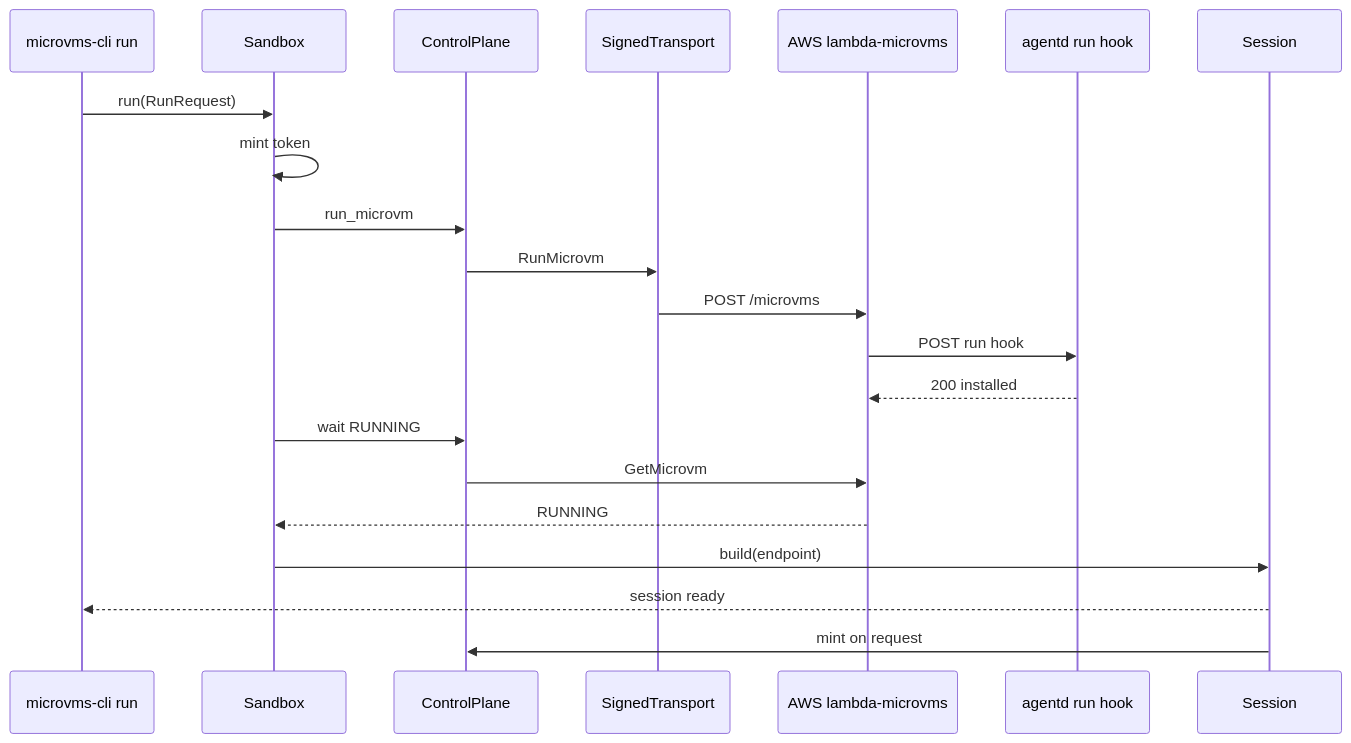
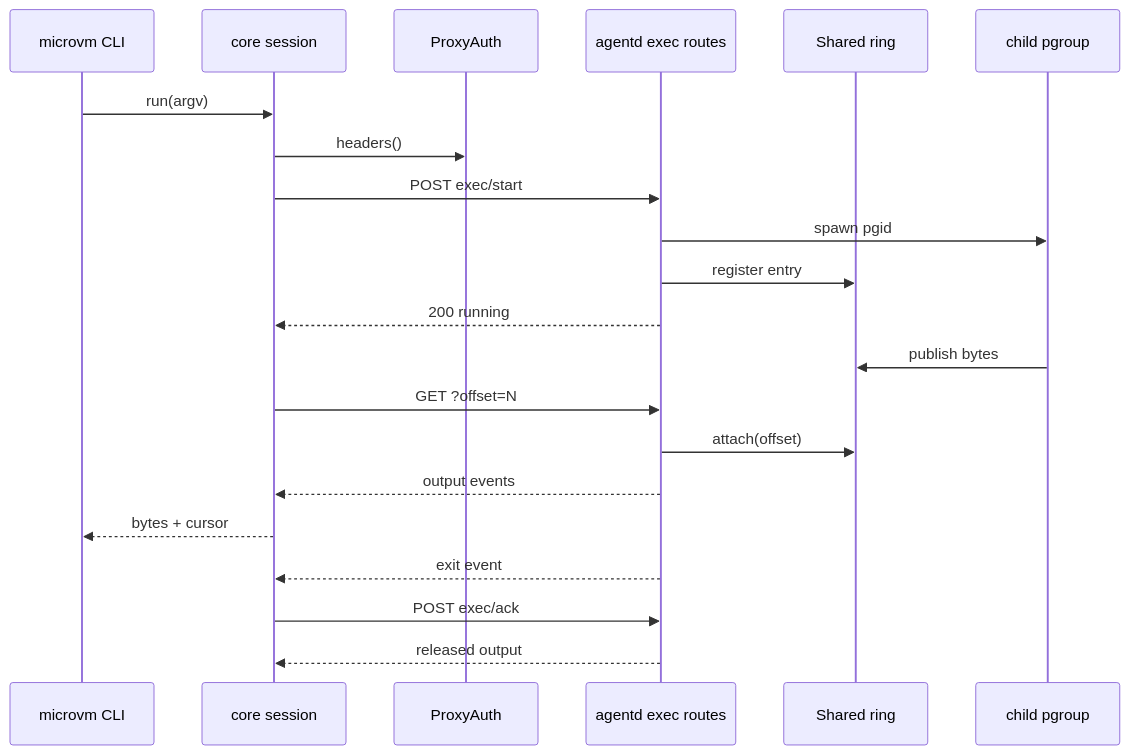
The first of 3 diagrams in docs/diagrams/behavioral/sequences.md (theagenticguy/microvms-agentd), drawn with Mermaid before and after one commit. The commit also changed other lines of this file and 19 other files, not shown here.

````diff
--- a/docs/diagrams/behavioral/sequences.md
+++ b/docs/diagrams/behavioral/sequences.md
@@ -5,24 +8,24 @@
 ```mermaid
 sequenceDiagram
-    participant CLI as microvms-cli run
-    participant Sandbox
-    participant Plane as ControlPlane
-    participant Wire as SignedTransport
-    participant AWS as AWS lambda-microvms
-    participant Hook as agentd run hook
-    participant Session
+    participant CLI as microvm CLI
+    participant Core as core session
+    participant Auth as ProxyAuth
+    participant Routes as agentd exec routes
+    participant Ring as Shared ring
+    participant Child as child pgroup
 
-    CLI ->> Sandbox: run(RunRequest)
-    Sandbox ->> Sandbox: mint token
-    Sandbox ->> Plane: run_microvm
-    Plane ->> Wire: RunMicrovm
-    Wire ->> AWS: POST /microvms
-    AWS ->> Hook: POST run hook
-    Hook -->> AWS: 200 installed
-    Sandbox ->> Plane: wait RUNNING
-    Plane ->> AWS: GetMicrovm
-    AWS -->> Sandbox: RUNNING
-    Sandbox ->> Session: build(endpoint)
-    Session -->> CLI: session ready
-    Session ->> Plane: mint on request
+    CLI ->> Core: run(argv)
+    Core ->> Auth: headers()
+    Core ->> Routes: POST exec/start
+    Routes ->> Child: spawn pgid
+    Routes ->> Ring: register entry
+    Routes -->> Core: 200 running
+    Child ->> Ring: publish bytes
+    Core ->> Routes: GET ?offset=N
+    Routes ->> Ring: attach(offset)
+    Routes -->> Core: output events
+    Core -->> CLI: bytes + cursor
+    Routes -->> Core: exit event
+    Core ->> Routes: POST exec/ack
+    Routes -->> Core: released output
 ```
````
